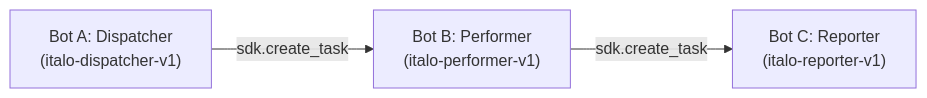
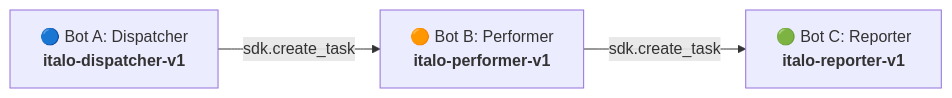
One commit to Ita-lodotexe/conferencia-lotes-qualidade changed the diagram in README.md. Above: the diagram before and after it, drawn with Mermaid. The commit also changed other lines of this file and 4 other files, not shown here.

````diff
--- a/README.md
+++ b/README.md
@@ -11,5 +24,5 @@
 ```mermaid
 flowchart LR
-    A["Bot A: Dispatcher<br/>(italo-dispatcher-v1)"] -->|"sdk.create_task"| B["Bot B: Performer<br/>(italo-performer-v1)"]
-    B -->|"sdk.create_task"| C["Bot C: Reporter<br/>(italo-reporter-v1)"]
+    A["🔵 Bot A: Dispatcher<br/><b>italo-dispatcher-v1</b>"] -->|"sdk.create_task"| B["🟠 Bot B: Performer<br/><b>italo-performer-v1</b>"]
+    B -->|"sdk.create_task"| C["🟢 Bot C: Reporter<br/><b>italo-reporter-v1</b>"]
 ```
````
